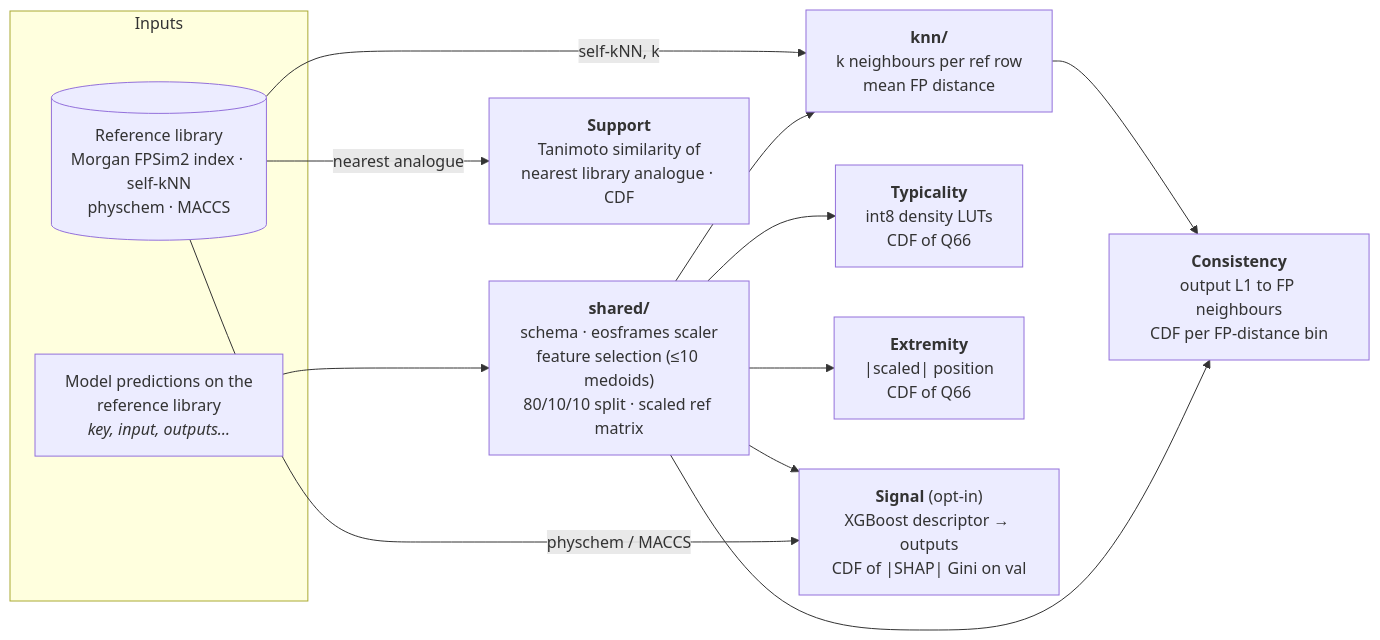
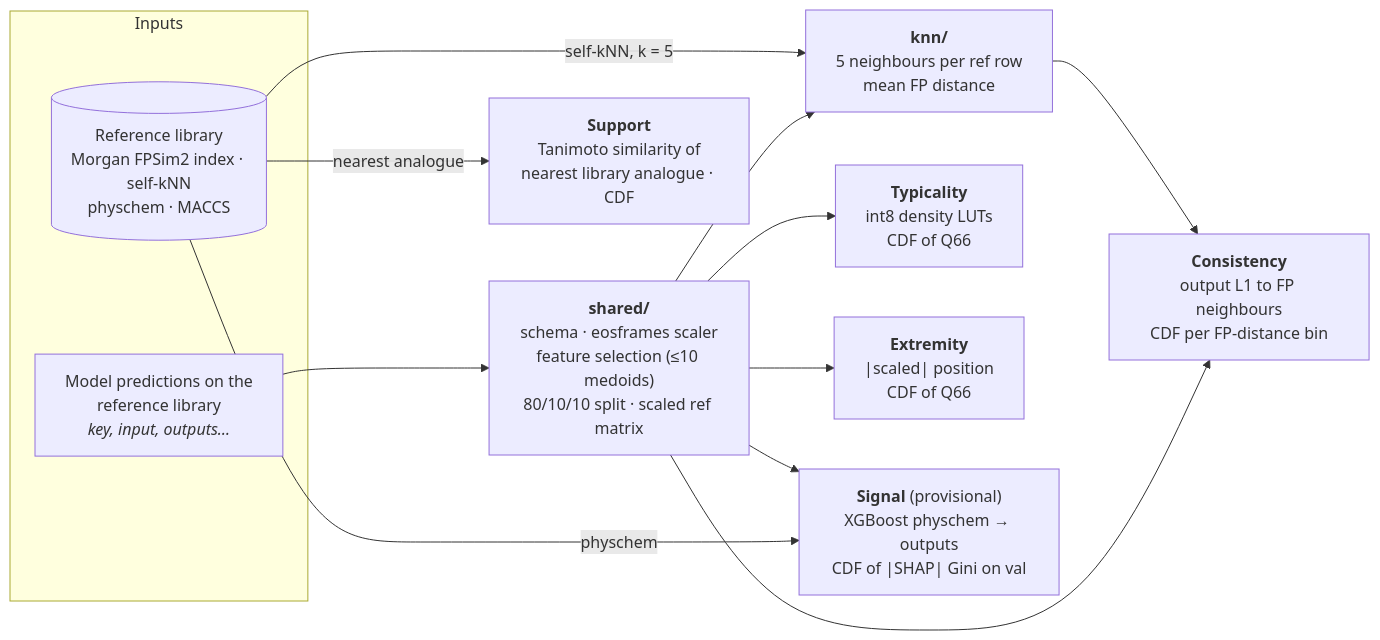
Before and after one commit to ersilia-os/eosquality: the first of 3 diagrams in docs/diagram.md, drawn with Mermaid. The commit also changed other lines of this file and 33 other files, not shown here.

````diff
--- a/docs/diagram.md
+++ b/docs/diagram.md
@@ -5,19 +5,19 @@
 ```mermaid
 flowchart LR
     subgraph inputs[Inputs]
         REF["Model predictions on the<br/>reference library<br/><i>key, input, outputs…</i>"]
         LIB[("Reference library<br/>Morgan FPSim2 index · self-kNN<br/>physchem · MACCS")]
     end
 
     REF --> SH["<b>shared/</b><br/>schema · eosframes scaler<br/>feature selection (≤10 medoids)<br/>80/10/10 split · scaled ref matrix"]
-    LIB -- "self-kNN, k" --> KNN["<b>knn/</b><br/>k neighbours per ref row<br/>mean FP distance"]
+    LIB -- "self-kNN, k = 5" --> KNN["<b>knn/</b><br/>5 neighbours per ref row<br/>mean FP distance"]
     SH --> KNN
 
     SH --> TYP["<b>Typicality</b><br/>int8 density LUTs<br/>CDF of Q66"]
     SH --> EXT["<b>Extremity</b><br/>|scaled| position<br/>CDF of Q66"]
     LIB -- "nearest analogue" --> SUP["<b>Support</b><br/>Tanimoto similarity of<br/>nearest library analogue · CDF"]
     KNN --> CON["<b>Consistency</b><br/>output L1 to FP neighbours<br/>CDF per FP-distance bin"]
     SH --> CON
-    SH --> SIG["<b>Signal</b> (opt-in)<br/>XGBoost descriptor → outputs<br/>CDF of |SHAP| Gini on val"]
-    LIB -- "physchem / MACCS" --> SIG
+    SH --> SIG["<b>Signal</b> (provisional)<br/>XGBoost physchem → outputs<br/>CDF of |SHAP| Gini on val"]
+    LIB -- "physchem" --> SIG
 ```
````
